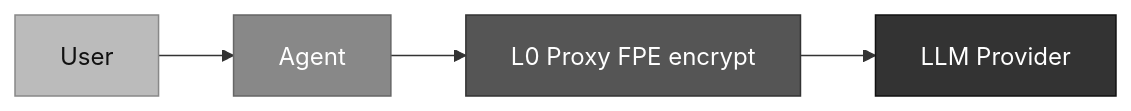
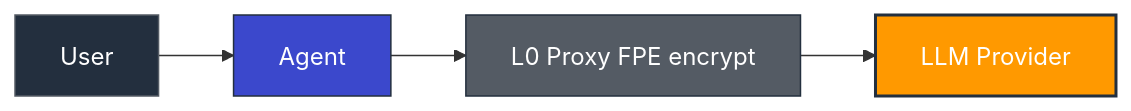
The sixth of 14 diagrams in ARCHITECTURE.md (OpenObscure/OpenObscure), drawn with Mermaid before and after one commit. The commit also changed other lines of this file and 3 other files, not shown here.

First line of the commit message:
Apply consistent color palette across all mermaid diagrams

````diff
--- a/ARCHITECTURE.md
+++ b/ARCHITECTURE.md
@@ -270,11 +279,11 @@
 ```mermaid
 flowchart LR
     user["User"] --> agent["Agent"]
     agent --> l0["L0 Proxy FPE encrypt"]
     l0 --> llm["LLM Provider"]
 
-    style user fill:#bbb,stroke:#888,color:#111
-    style agent fill:#888,stroke:#666,color:#fff
-    style l0 fill:#555,stroke:#333,color:#fff
-    style llm fill:#333,stroke:#111,color:#fff
+    style user fill:#232F3E,stroke:#545b64,color:#fff
+    style agent fill:#3b48cc,stroke:#232F3E,color:#fff
+    style l0 fill:#545b64,stroke:#232F3E,color:#fff
+    style llm fill:#ff9900,stroke:#232F3E,stroke-width:2px,color:#fff
 ```
````
